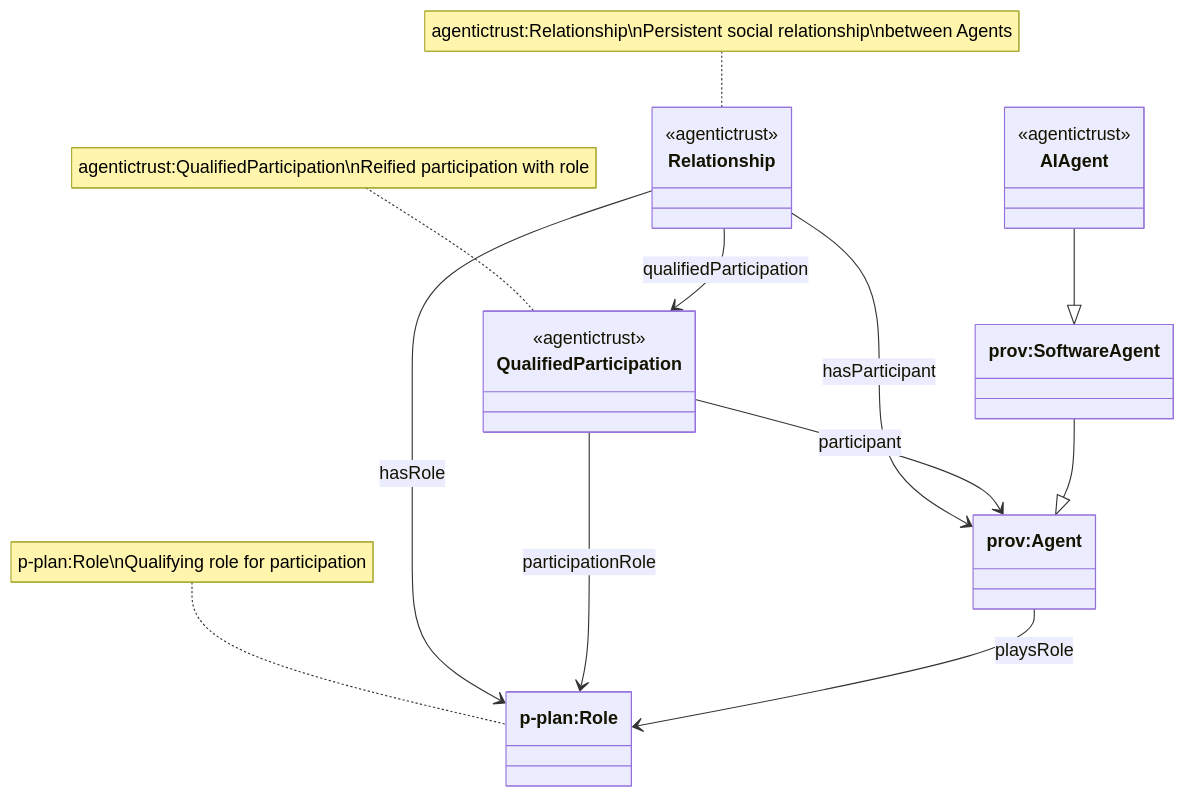
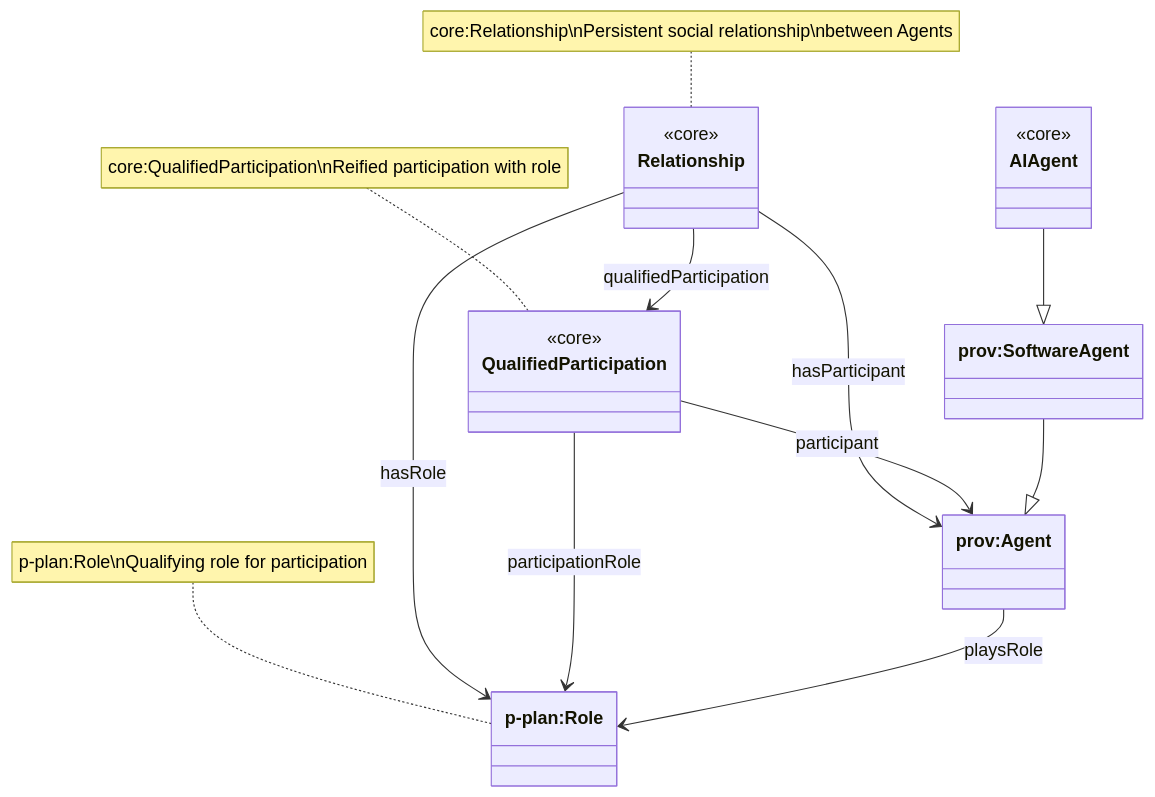
The first of 3 diagrams in docs/ontology/relationships-roles-participation.md (Agentic-Trust-Layer/agent-explorer), drawn with Mermaid before and after one commit. The commit also changed other lines of this file and 49 other files, not shown here.

````diff
--- a/docs/ontology/relationships-roles-participation.md
+++ b/docs/ontology/relationships-roles-participation.md
@@ -17,29 +17,29 @@
 ```mermaid
 classDiagram
     class Relationship {
-        <<agentictrust>>
+        <<core>>
     }
     class QualifiedParticipation {
-        <<agentictrust>>
+        <<core>>
     }
     class provAgent["prov:Agent"]
     class provSoftwareAgent["prov:SoftwareAgent"]
     class AIAgent {
-        <<agentictrust>>
+        <<core>>
     }
     class pplanRole["p-plan:Role"]
     
     Relationship --> provAgent : hasParticipant
     Relationship --> QualifiedParticipation : qualifiedParticipation
     Relationship --> pplanRole : hasRole
     QualifiedParticipation --> provAgent : participant
     QualifiedParticipation --> pplanRole : participationRole
     provAgent --> pplanRole : playsRole
     
     provSoftwareAgent --|> provAgent
     AIAgent --|> provSoftwareAgent
     
-    note for Relationship "agentictrust:Relationship\nPersistent social relationship\nbetween Agents"
-    note for QualifiedParticipation "agentictrust:QualifiedParticipation\nReified participation with role"
+    note for Relationship "core:Relationship\nPersistent social relationship\nbetween Agents"
+    note for QualifiedParticipation "core:QualifiedParticipation\nReified participation with role"
     note for pplanRole "p-plan:Role\nQualifying role for participation"
 ```
````
